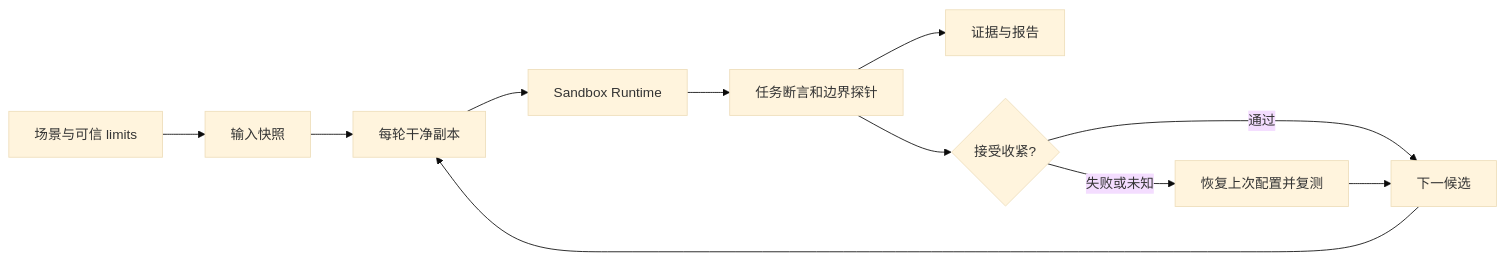
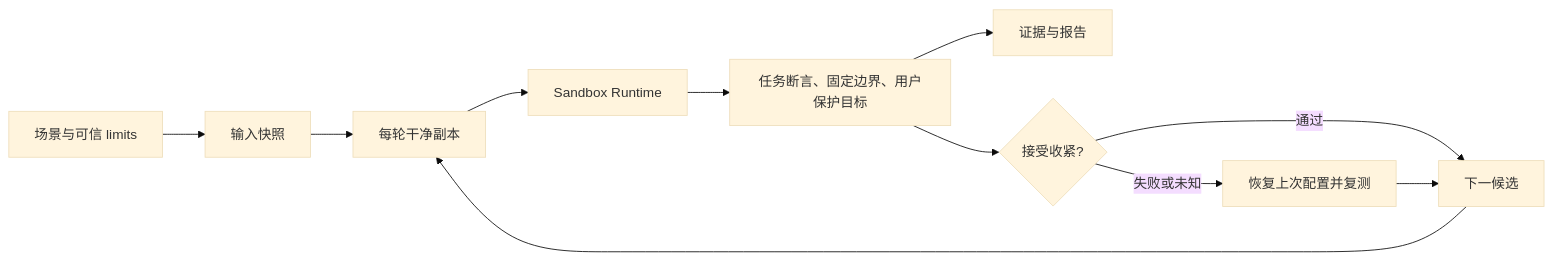
Before and after one commit to zurrll/permsift: the diagram in docs/architecture.md, drawn with Mermaid (base theme). The commit also changed other lines of this file and 40 other files, not shown here.

````diff
--- a/docs/architecture.md
+++ b/docs/architecture.md
@@ -3,13 +3,13 @@
 ```mermaid
 flowchart LR
   C[场景与可信 limits] --> P[输入快照]
   P --> R[每轮干净副本]
   R --> S[Sandbox Runtime]
-  S --> V[任务断言和边界探针]
+  S --> V[任务断言、固定边界、用户保护目标]
   V --> E[证据与报告]
   V --> D{接受收紧?}
   D -->|通过| N[下一候选]
   D -->|失败或未知| B[恢复上次配置并复测]
   B --> N
   N --> R
 ```
````
